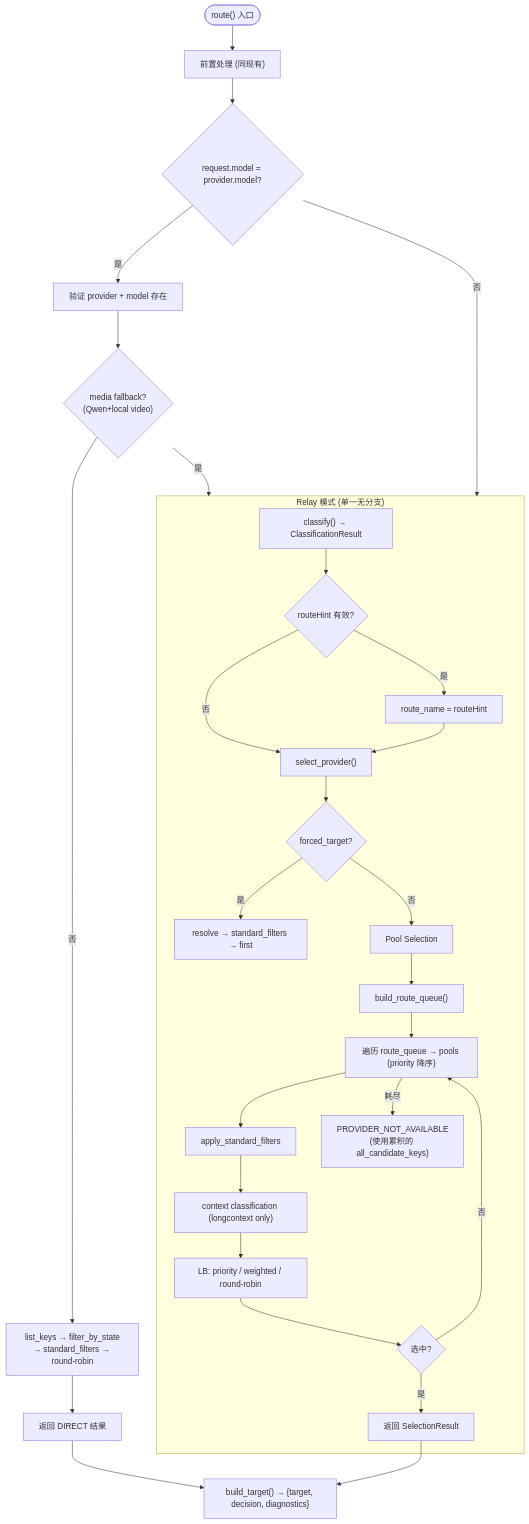
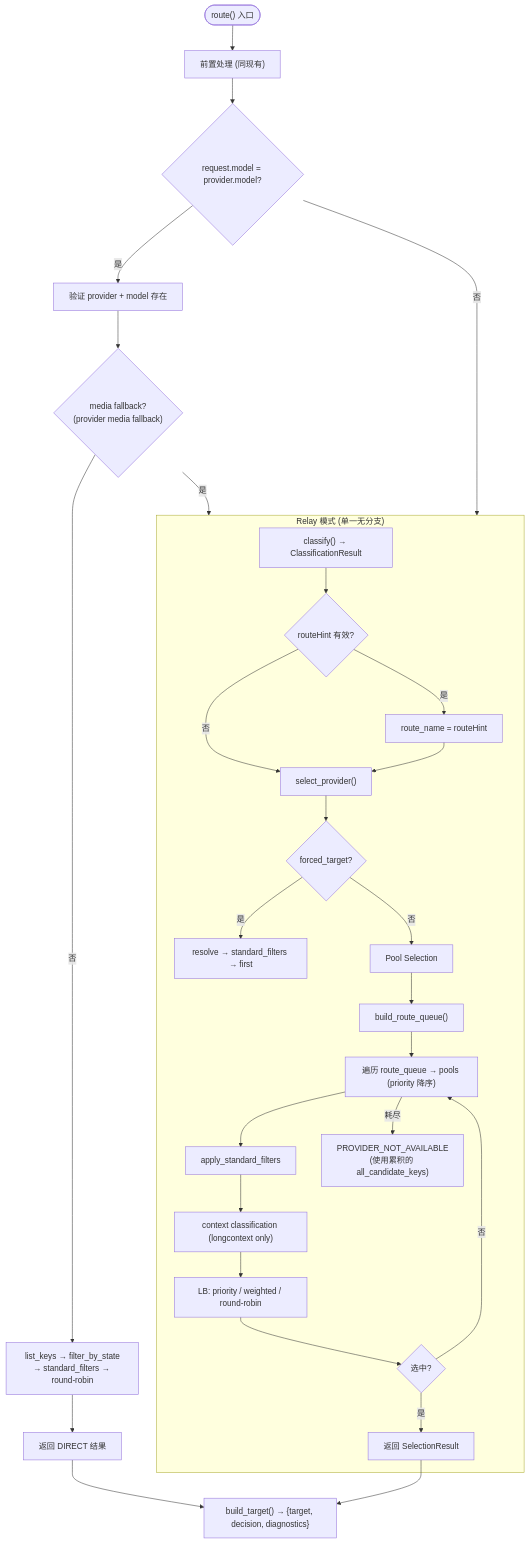
One commit to Jasonzhangf/routecodex changed the diagram in docs/design/virtual-router-simplification-design.md. Above: the diagram before and after it, drawn with Mermaid. The commit also changed other lines of this file and 234 other files, not shown here.

````diff
--- a/docs/design/virtual-router-simplification-design.md
+++ b/docs/design/virtual-router-simplification-design.md
@@ -206,39 +206,39 @@
 ```mermaid
 flowchart TB
     START(["route() 入口"]) --> PRE["前置处理 (同现有)"]
     PRE --> DETECT{"request.model = provider.model?"}
 
     DETECT -->|"是"| DM_VALIDATE["验证 provider + model 存在"]
-    DM_VALIDATE --> DM_MEDIA{"media fallback?<br/>(Qwen+local video)"}
+    DM_VALIDATE --> DM_MEDIA{"media fallback?<br/>(provider media fallback)"}
     DM_MEDIA -->|"否"| DM_SELECT["list_keys → filter_by_state<br/>→ standard_filters → round-robin"]
     DM_SELECT --> DM_RETURN["返回 DIRECT 结果"]
 
     DM_MEDIA -->|"是"| RELAY
     DETECT -->|"否"| RELAY
 
     subgraph RELAY["Relay 模式 (单一无分支)"]
         CLASSIFY["classify() → ClassificationResult"]
         CLASSIFY --> HINT{"routeHint 有效?"}
         HINT -->|"是"| OVERRIDE["route_name = routeHint"]
         HINT -->|"否"| SELECT_IN
         OVERRIDE --> SELECT_IN
 
         SELECT_IN["select_provider()"]
         SELECT_IN --> FORCED{"forced_target?"}
         FORCED -->|"是"| F_RESOLVE["resolve → standard_filters → first"]
         FORCED -->|"否"| POOL["Pool Selection"]
 
         POOL --> QUEUE["build_route_queue()"]
         QUEUE --> ITER["遍历 route_queue → pools (priority 降序)"]
 
         ITER --> FILTERS["apply_standard_filters"]
         FILTERS --> CTX["context classification (longcontext only)"]
         CTX --> LB["LB: priority / weighted / round-robin"]
         LB --> FOUND{"选中?"}
         FOUND -->|"是"| RET["返回 SelectionResult"]
         FOUND -->|"否"| ITER
         ITER -->|"耗尽"| ERR["PROVIDER_NOT_AVAILABLE<br/>(使用累积的 all_candidate_keys)"]
     end
 
     DM_RETURN & RET --> BUILD["build_target() → {target, decision, diagnostics}"]
 ```
````
